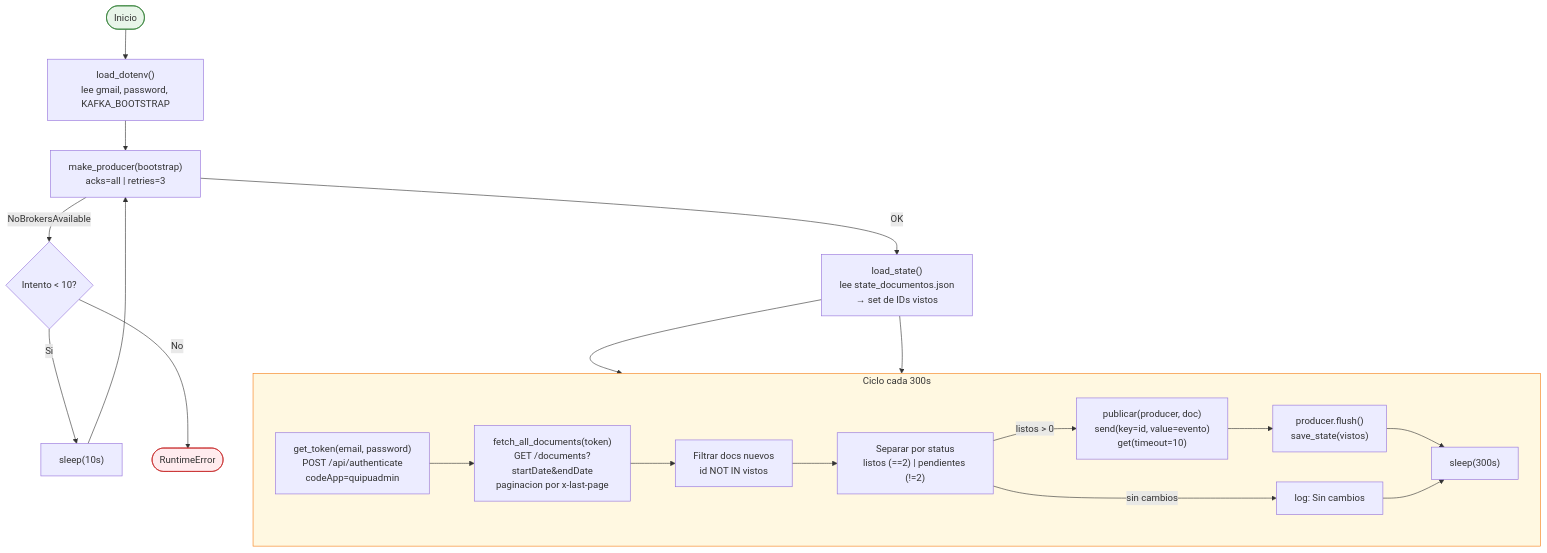
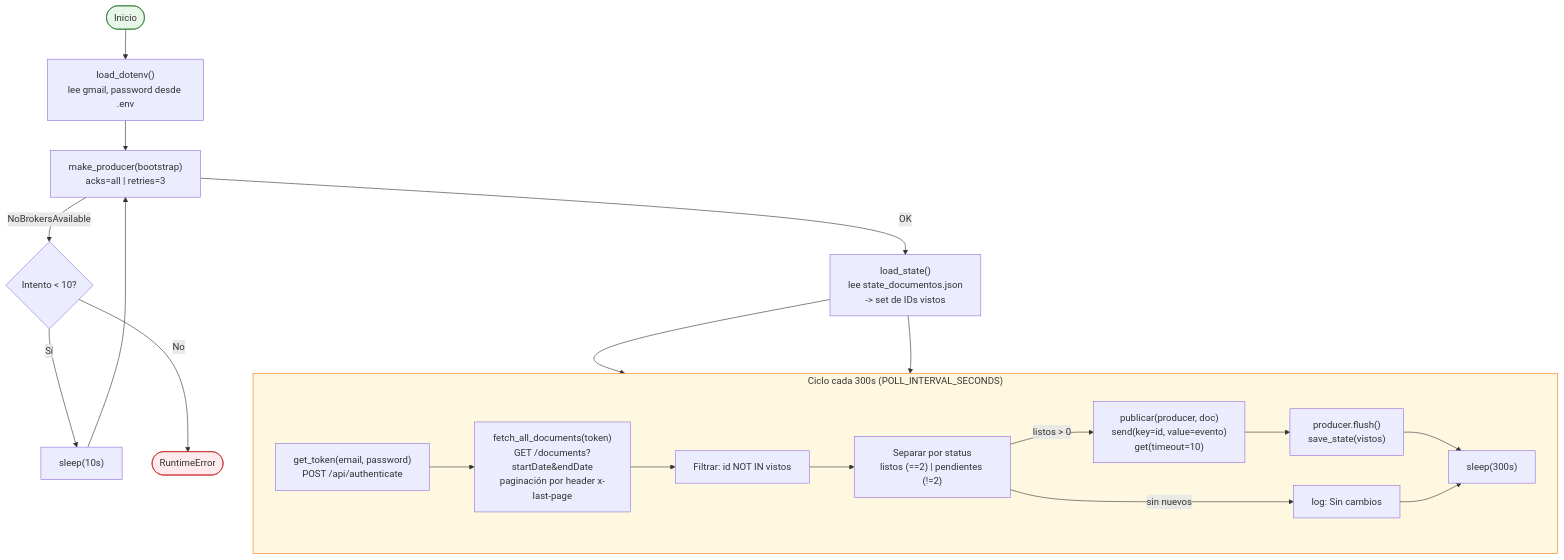
One commit to AlessandroPastor/BigData changed the diagram in docs/componentes/producer.md. Above: the diagram before and after it, drawn with Mermaid. The commit also changed other lines of this file and 28 other files, not shown here.

````diff
--- a/docs/componentes/producer.md
+++ b/docs/componentes/producer.md
@@ -17,31 +17,31 @@
 ```mermaid
 flowchart TD
-    START([Inicio]) --> LOAD_ENV["load_dotenv()\nlee gmail, password, KAFKA_BOOTSTRAP"]
+    START([Inicio]) --> LOAD_ENV["load_dotenv()\nlee gmail, password desde .env"]
     LOAD_ENV --> CONNECT_KAFKA["make_producer(bootstrap)\nacks=all | retries=3"]
     CONNECT_KAFKA -->|"NoBrokersAvailable"| RETRY{"Intento < 10?"}
-    RETRY -->|"Si"| WAIT["sleep(10s)"] --> CONNECT_KAFKA
+    RETRY -->|"Sí"| WAIT["sleep(10s)"] --> CONNECT_KAFKA
     RETRY -->|"No"| ERROR([RuntimeError])
-    CONNECT_KAFKA -->|"OK"| LOAD_STATE["load_state()\nlee state_documentos.json\n→ set de IDs vistos"]
+    CONNECT_KAFKA -->|"OK"| LOAD_STATE["load_state()\nlee state_documentos.json\n-> set de IDs vistos"]
     LOAD_STATE --> LOOP
 
-    subgraph LOOP["Ciclo cada 300s"]
-        AUTH["get_token(email, password)\nPOST /api/authenticate\ncodeApp=quipuadmin"]
-        FETCH["fetch_all_documents(token)\nGET /documents?startDate&endDate\npaginacion por x-last-page"]
-        FILTER["Filtrar docs nuevos\nid NOT IN vistos"]
+    subgraph LOOP["Ciclo cada 300s (POLL_INTERVAL_SECONDS)"]
+        AUTH["get_token(email, password)\nPOST /api/authenticate"]
+        FETCH["fetch_all_documents(token)\nGET /documents?startDate&endDate\npaginación por header x-last-page"]
+        FILTER["Filtrar: id NOT IN vistos"]
         STATUS["Separar por status\nlistos (==2) | pendientes (!=2)"]
         PUB["publicar(producer, doc)\nsend(key=id, value=evento)\nget(timeout=10)"]
         FLUSH["producer.flush()\nsave_state(vistos)"]
 
         AUTH --> FETCH --> FILTER --> STATUS
         STATUS -->|"listos > 0"| PUB --> FLUSH
-        STATUS -->|"sin cambios"| LOG["log: Sin cambios"]
+        STATUS -->|"sin nuevos"| LOG["log: Sin cambios"]
         FLUSH --> SLEEP["sleep(300s)"]
         LOG --> SLEEP
     end
 
     LOAD_STATE --> LOOP
 
     style START fill:#E8F5E9,stroke:#2E7D32
     style ERROR fill:#FFEBEE,stroke:#C62828
     style LOOP fill:#FFF8E1,stroke:#F57F17
 ```
````
